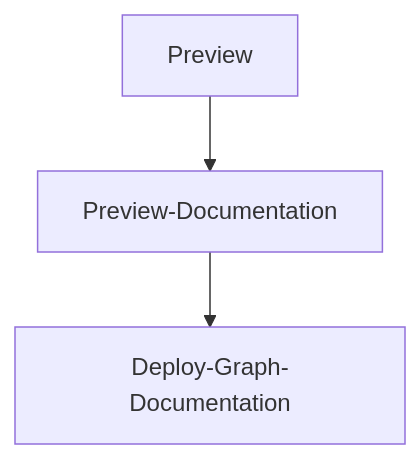
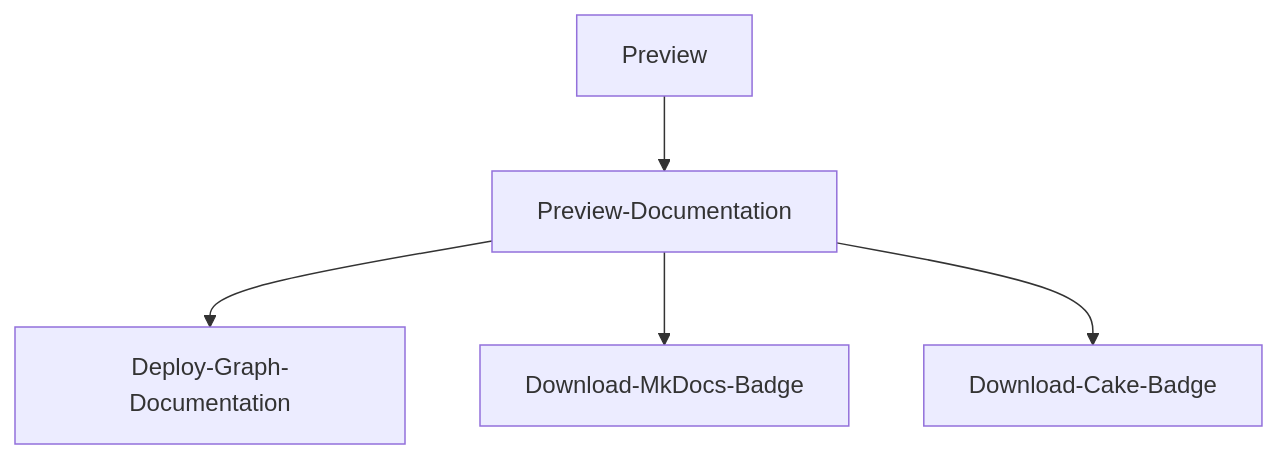
The diagram in docs/input/tasks/Preview.md (michalkowal/Cake.MkDocs), drawn with Mermaid before and after one commit. The commit also changed 24 other files, not shown here.

```diff
--- a/docs/input/tasks/Preview.md
+++ b/docs/input/tasks/Preview.md
@@ -1,5 +1,7 @@
 <div class="mermaid">
 graph TD;
 Preview-->Preview-Documentation;
 Preview-Documentation-->Deploy-Graph-Documentation;
+Preview-Documentation-->Download-MkDocs-Badge;
+Preview-Documentation-->Download-Cake-Badge;
 </div>
```
